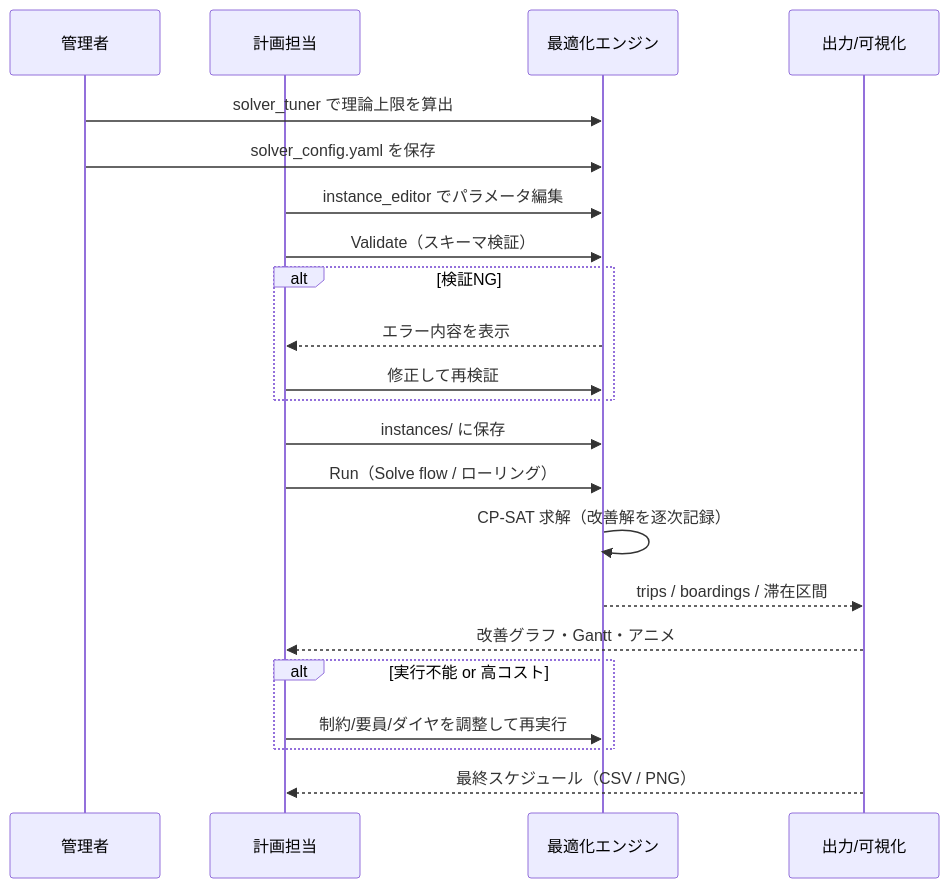
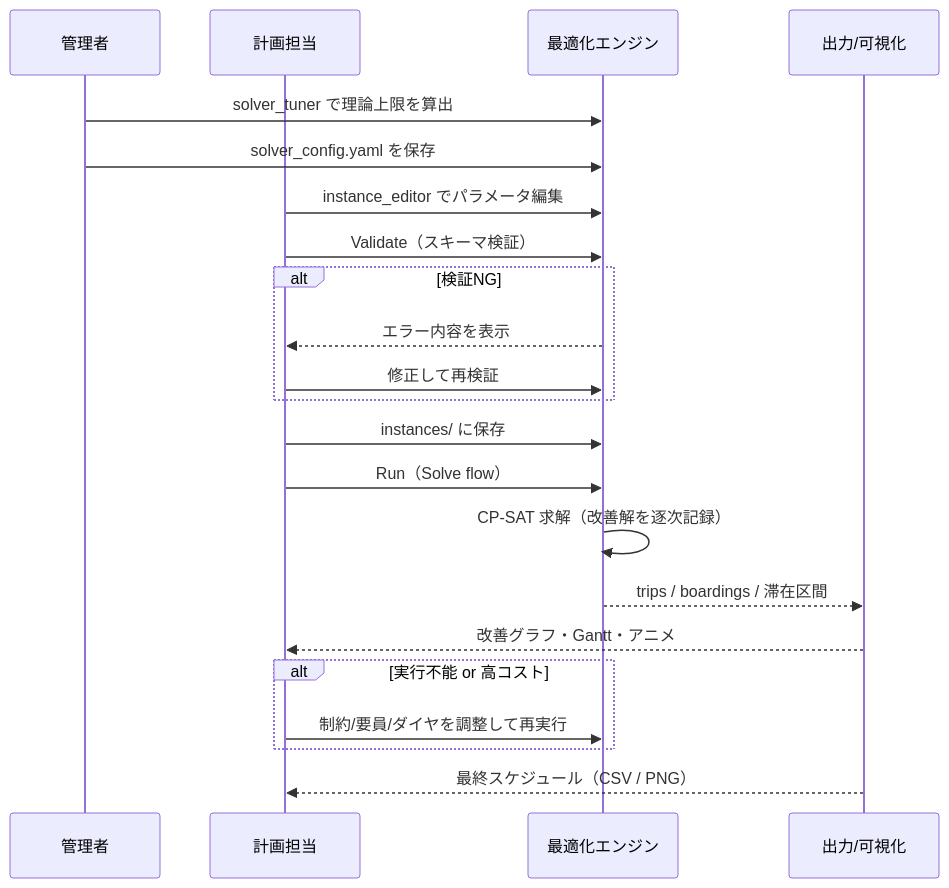
One commit to shun-gits/try changed the fourth of 5 diagrams in howtouse_and_architecture.md. Above: the diagram before and after it, drawn with Mermaid. The commit also changed other lines of this file and 23 other files, not shown here.

````diff
--- a/howtouse_and_architecture.md
+++ b/howtouse_and_architecture.md
@@ -204,25 +156,25 @@
 ```mermaid
 sequenceDiagram
     participant Adm as 管理者
     participant Plan as 計画担当
     participant Sys as 最適化エンジン
     participant Out as 出力/可視化
 
     Adm->>Sys: solver_tuner で理論上限を算出
     Adm->>Sys: solver_config.yaml を保存
     Plan->>Sys: instance_editor でパラメータ編集
     Plan->>Sys: Validate（スキーマ検証）
     alt 検証NG
         Sys-->>Plan: エラー内容を表示
         Plan->>Sys: 修正して再検証
     end
     Plan->>Sys: instances/ に保存
-    Plan->>Sys: Run（Solve flow / ローリング）
+    Plan->>Sys: Run（Solve flow）
     Sys->>Sys: CP-SAT 求解（改善解を逐次記録）
     Sys-->>Out: trips / boardings / 滞在区間
     Out-->>Plan: 改善グラフ・Gantt・アニメ
     alt 実行不能 or 高コスト
         Plan->>Sys: 制約/要員/ダイヤを調整して再実行
     end
     Out-->>Plan: 最終スケジュール（CSV / PNG）
 ```
````
